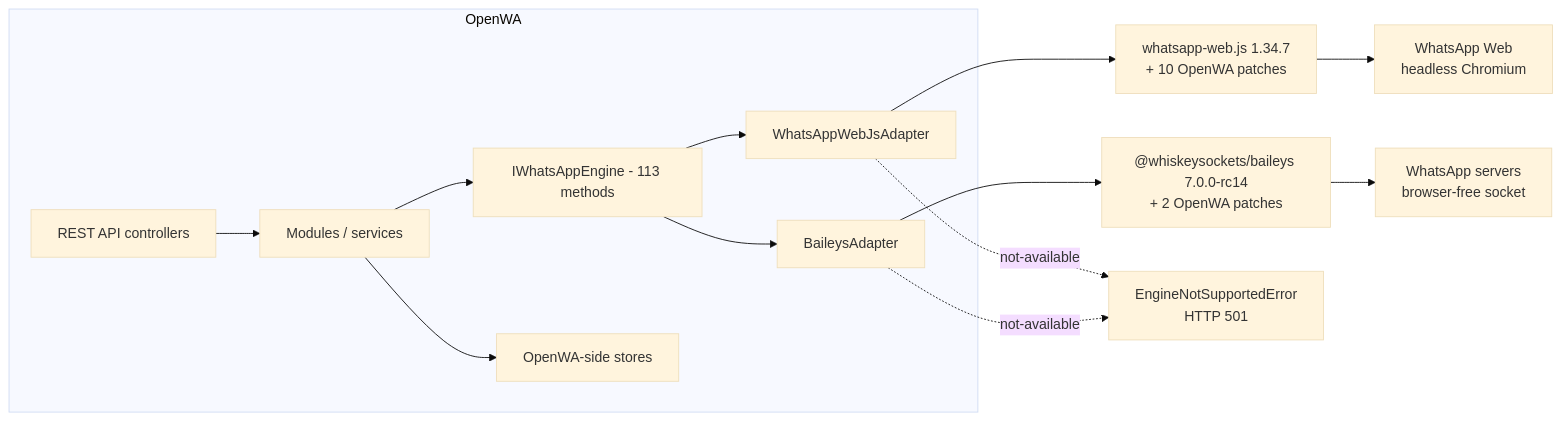
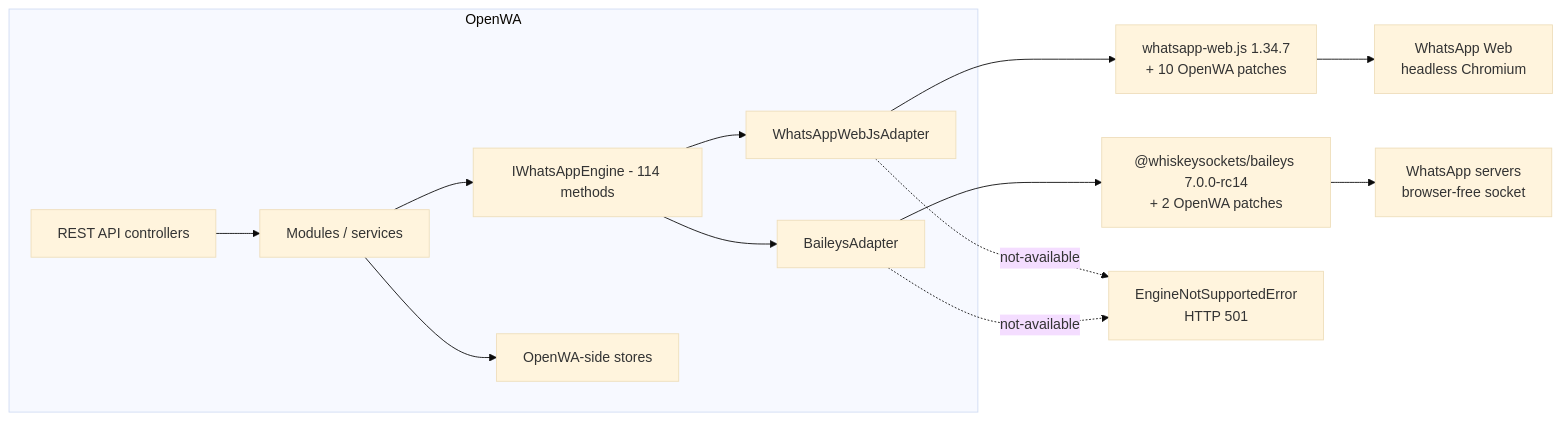
One commit to jpedro017/OpenWA-FAST changed the first of 2 diagrams in docs/29-engine-capability-matrix.md. Above: the diagram before and after it, drawn with Mermaid (base theme). The commit also changed other lines of this file and 14 other files, not shown here.

````diff
--- a/docs/29-engine-capability-matrix.md
+++ b/docs/29-engine-capability-matrix.md
@@ -44,16 +44,16 @@
 ```mermaid
 flowchart LR
     subgraph OpenWA["OpenWA"]
         API["REST API controllers"] --> SVC["Modules / services"]
-        SVC --> IF["IWhatsAppEngine - 113 methods"]
+        SVC --> IF["IWhatsAppEngine - 114 methods"]
         IF --> WA["WhatsAppWebJsAdapter"]
         IF --> BA["BaileysAdapter"]
         SVC --> STORE["OpenWA-side stores"]
     end
     WA --> WLIB["whatsapp-web.js 1.34.7<br/>+ 10 OpenWA patches"]
     BA --> BLIB["@whiskeysockets/baileys 7.0.0-rc14<br/>+ 2 OpenWA patches"]
     WLIB --> WEB["WhatsApp Web<br/>headless Chromium"]
     BLIB --> WAS["WhatsApp servers<br/>browser-free socket"]
     WA -.->|"not-available"| E["EngineNotSupportedError<br/>HTTP 501"]
     BA -.->|"not-available"| E
 ```
````
